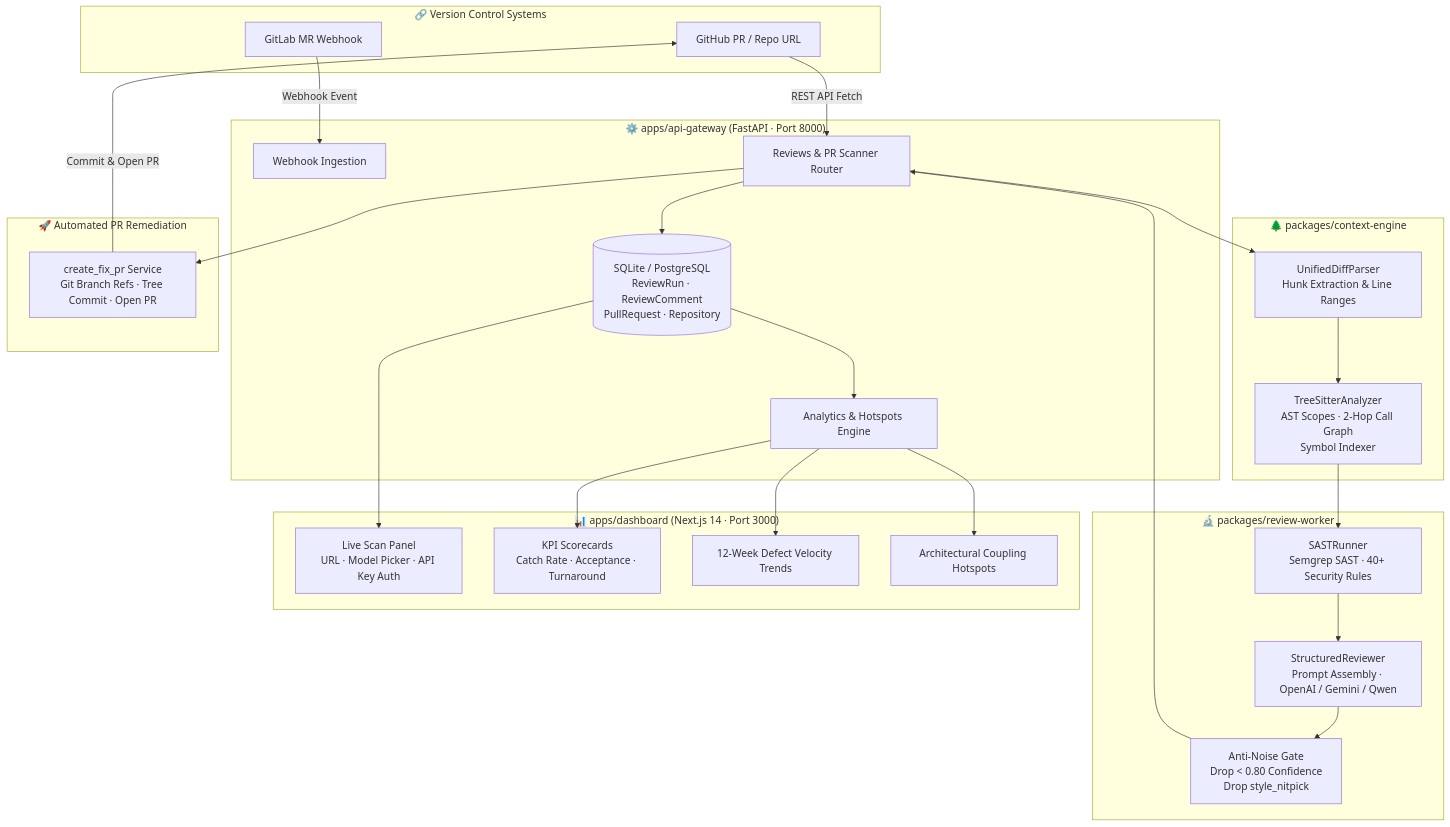
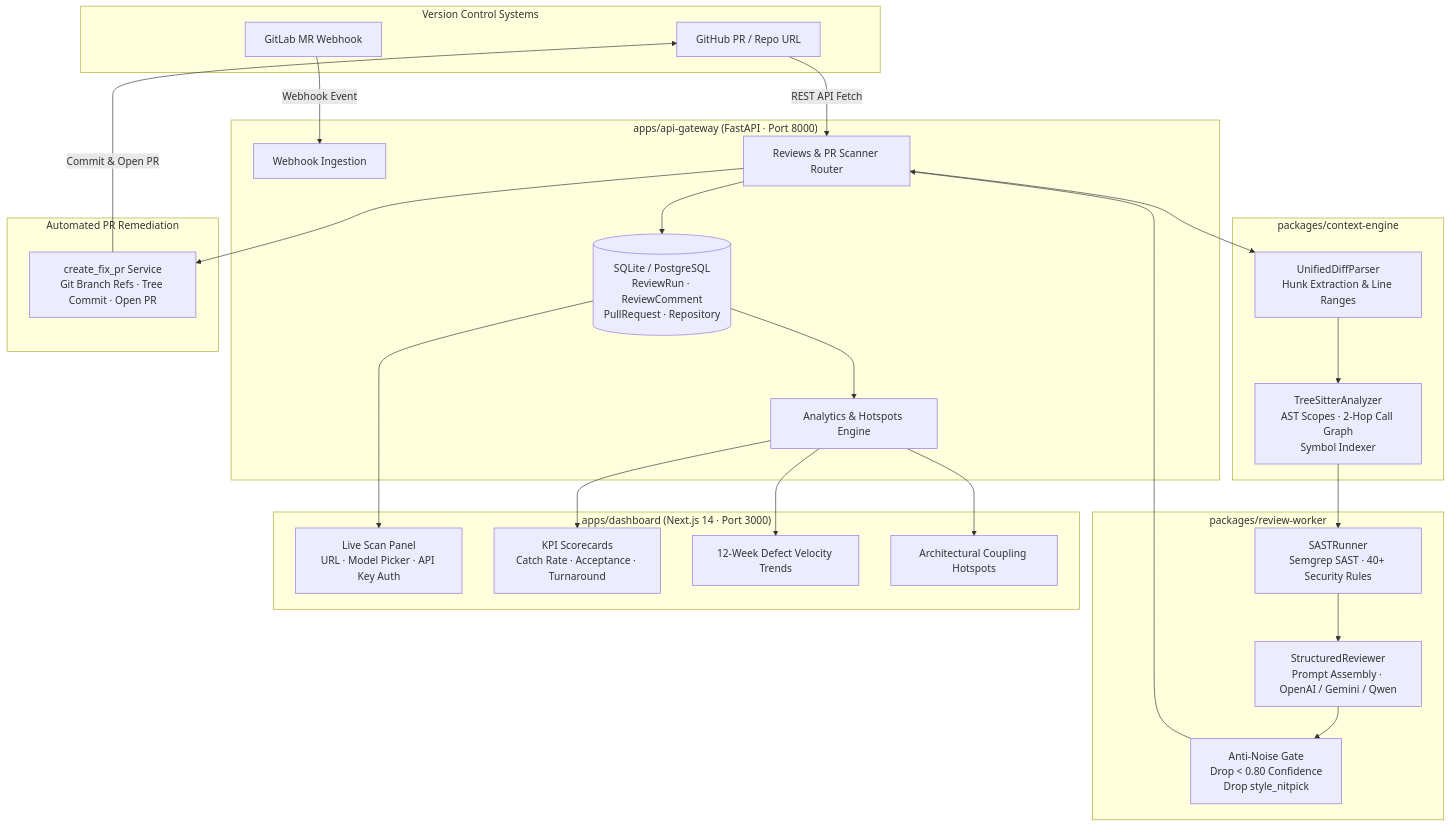
Before and after one commit to HappyShadowCoder/sast-llm-review-engine: the diagram in README.md, drawn with Mermaid. The commit also changed other lines of this file and 5 other files, not shown here.

````diff
--- a/README.md
+++ b/README.md
@@ -58,43 +58,43 @@
 ```mermaid
 flowchart TD
-    subgraph VCS["🔗 Version Control Systems"]
+    subgraph VCS["Version Control Systems"]
         GH[GitHub PR / Repo URL]
         GL[GitLab MR Webhook]
     end
 
-    subgraph Gateway["⚙️ apps/api-gateway (FastAPI · Port 8000)"]
+    subgraph Gateway["apps/api-gateway (FastAPI · Port 8000)"]
         WH[Webhook Ingestion]
         RV[Reviews & PR Scanner Router]
         AN[Analytics & Hotspots Engine]
         DB[(SQLite / PostgreSQL\nReviewRun · ReviewComment\nPullRequest · Repository)]
     end
 
-    subgraph CtxEngine["🌲 packages/context-engine"]
+    subgraph CtxEngine["packages/context-engine"]
         DP[UnifiedDiffParser\nHunk Extraction & Line Ranges]
         TSA[TreeSitterAnalyzer\nAST Scopes · 2-Hop Call Graph\nSymbol Indexer]
     end
 
-    subgraph Worker["🔬 packages/review-worker"]
+    subgraph Worker["packages/review-worker"]
         SAST[SASTRunner\nSemgrep SAST · 40+ Security Rules]
         SR[StructuredReviewer\nPrompt Assembly · OpenAI / Gemini / Qwen]
         GATE[Anti-Noise Gate\nDrop < 0.80 Confidence\nDrop style_nitpick]
     end
 
-    subgraph Remediation["🚀 Automated PR Remediation"]
+    subgraph Remediation["Automated PR Remediation"]
         FIXPR[create_fix_pr Service\nGit Branch Refs · Tree Commit · Open PR]
     end
 
-    subgraph Dashboard["📊 apps/dashboard (Next.js 14 · Port 3000)"]
+    subgraph Dashboard["apps/dashboard (Next.js 14 · Port 3000)"]
         SCAN[Live Scan Panel\nURL · Model Picker · API Key Auth]
         KPI[KPI Scorecards\nCatch Rate · Acceptance · Turnaround]
         TRENDS[12-Week Defect Velocity Trends]
         HOTSPOT[Architectural Coupling Hotspots]
     end
 
     GH -->|REST API Fetch| RV
     GL -->|Webhook Event| WH
     RV --> DP --> TSA --> SAST --> SR --> GATE --> RV
     RV --> FIXPR -->|Commit & Open PR| GH
     RV --> DB --> AN --> KPI & TRENDS & HOTSPOT
     DB --> SCAN
 ```
````
